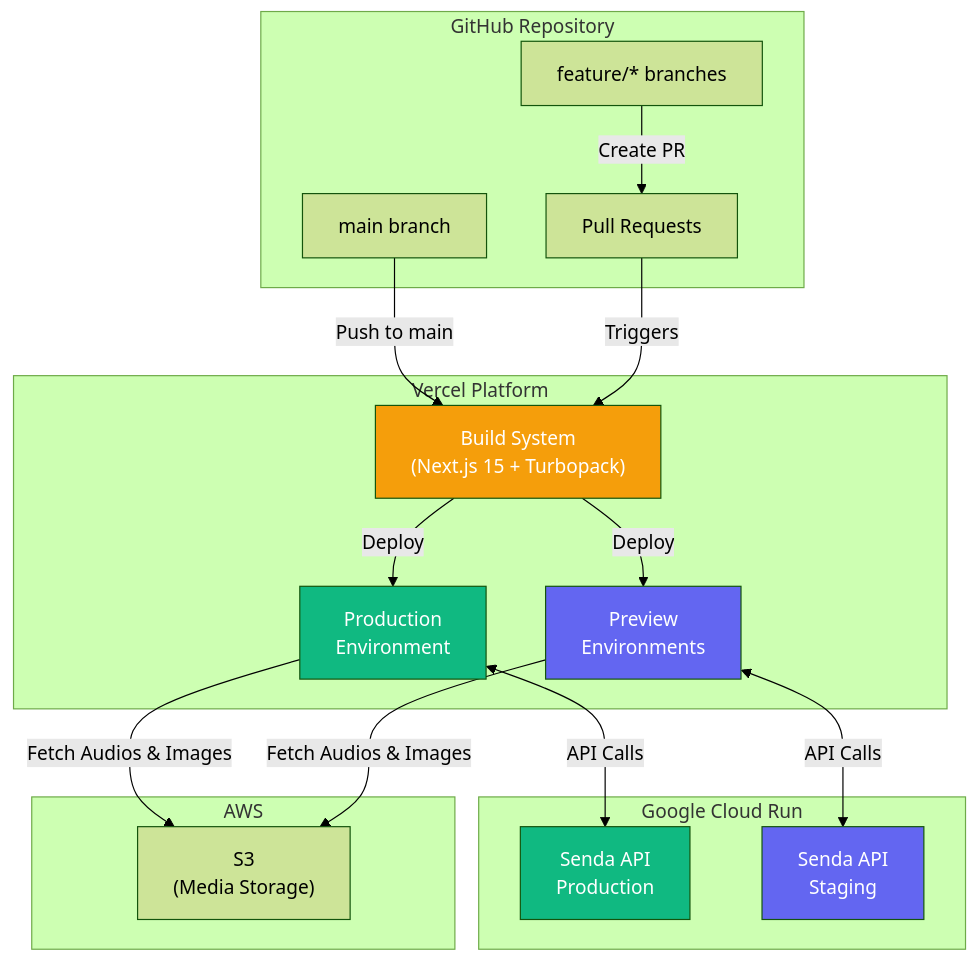
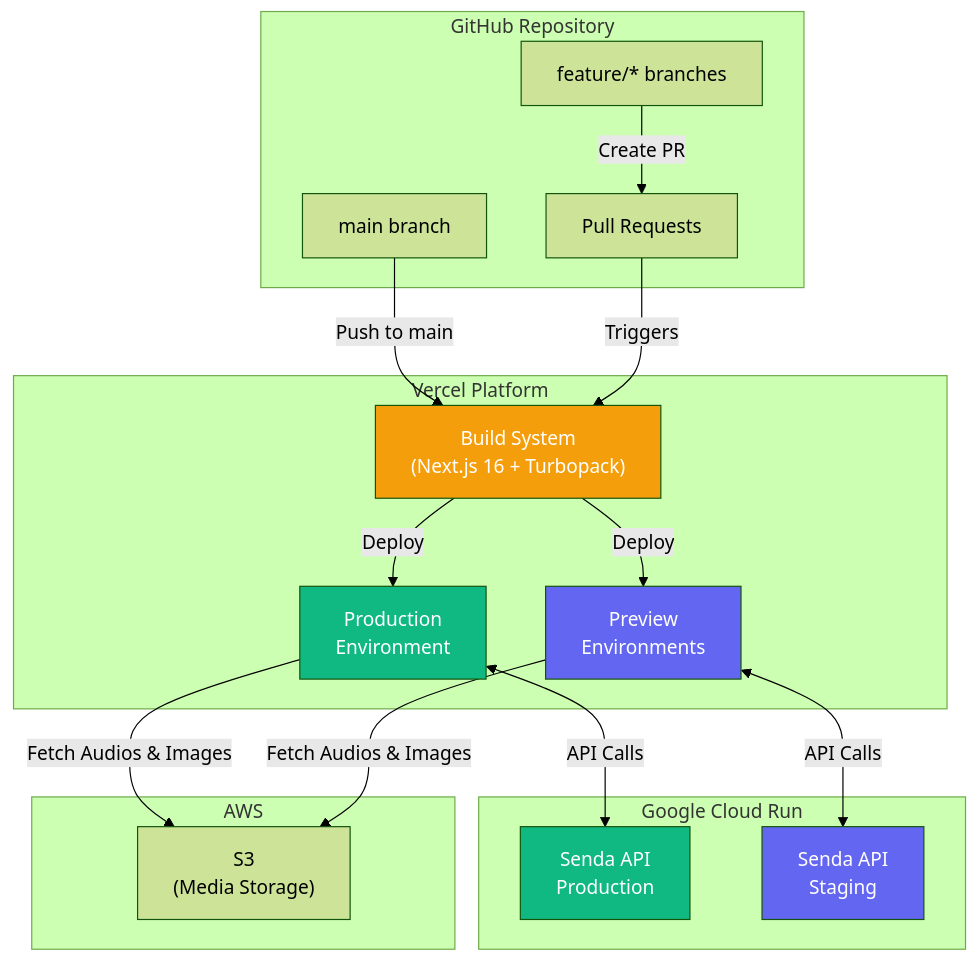
The first of 7 diagrams in docs/deployment.md (fariassdev/senda-cms), drawn with Mermaid (forest theme) before and after one commit. The commit also changed other lines of this file and 6 other files, not shown here.

````diff
--- a/docs/deployment.md
+++ b/docs/deployment.md
@@ -9,41 +9,41 @@
 ```mermaid
 flowchart TB
     subgraph GitHub["GitHub Repository"]
         main["main branch"]
         feature["feature/* branches"]
         pr["Pull Requests"]
     end
 
     subgraph Vercel["Vercel Platform"]
-        build["Build System<br/>(Next.js 15 + Turbopack)"]
+        build["Build System<br/>(Next.js 16 + Turbopack)"]
         prod["Production<br/>Environment"]
         preview["Preview<br/>Environments"]
     end
 
     subgraph CloudRun["Google Cloud Run"]
         api_prod["Senda API<br/>Production"]
         api_staging["Senda API<br/>Staging"]
     end
 
     subgraph Storage["AWS"]
         s3["S3<br/>(Media Storage)"]
     end
 
     main -->|"Push to main"| build
     feature -->|"Create PR"| pr
     pr -->|"Triggers"| build
 
     build -->|"Deploy"| prod
     build -->|"Deploy"| preview
 
     prod <-->|"API Calls"| api_prod
     preview <-->|"API Calls"| api_staging
     prod -->|"Fetch Audios & Images"| s3
     preview -->|"Fetch Audios & Images"| s3
 
     style prod fill:#10b981,color:#fff
     style preview fill:#6366f1,color:#fff
     style build fill:#f59e0b,color:#fff
     style api_prod fill:#10b981,color:#fff
     style api_staging fill:#6366f1,color:#fff
 ```
````
